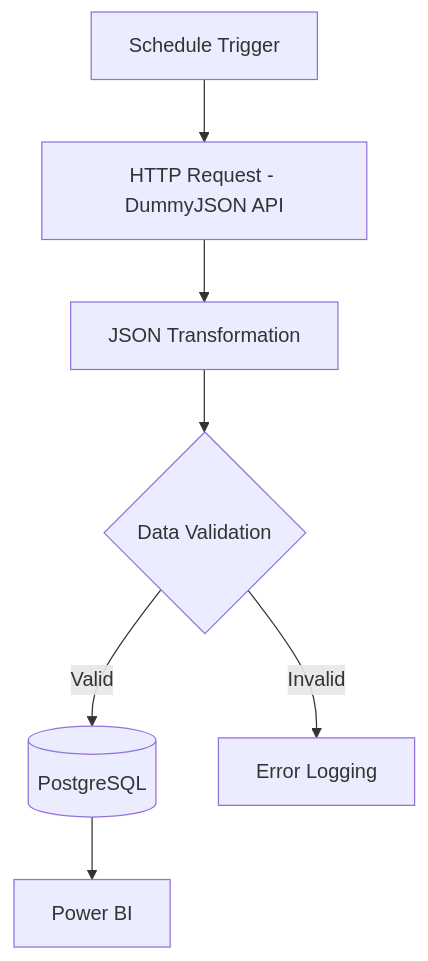
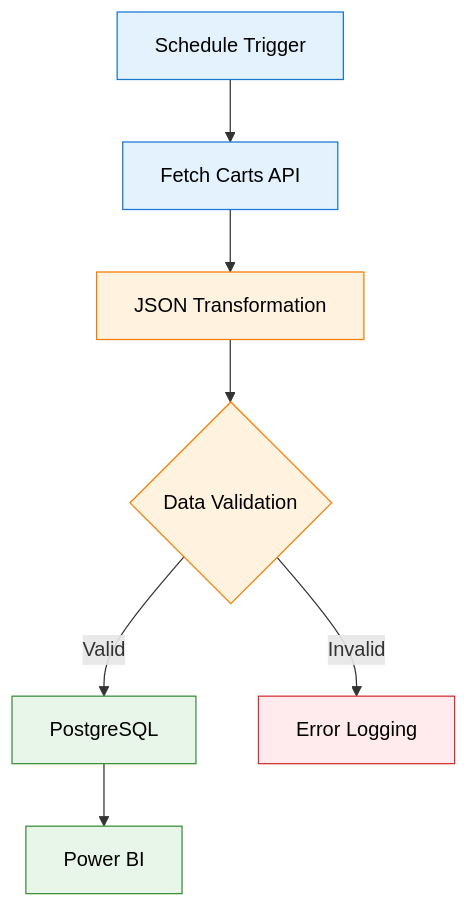
The second of 2 diagrams in projects/data-automation/n8n-sales-reporting/README.md (alexandre-matsika/data-analytics-portfolio), drawn with Mermaid before and after one commit. The commit also changed other lines of this file, not shown here.

Commit message:
docs: finalize n8n workflow documentation and architecture diagrams

````diff
--- a/projects/data-automation/n8n-sales-reporting/README.md
+++ b/projects/data-automation/n8n-sales-reporting/README.md
@@ -59,9 +191,19 @@
 ```mermaid
 flowchart TD
-    A["Schedule Trigger"] --> B["HTTP Request - DummyJSON API"]
+    A["Schedule Trigger"] --> B["Fetch Carts API"]
     B --> C["JSON Transformation"]
     C --> D{"Data Validation"}
-    D -->|Valid| E[("PostgreSQL")]
+
+    D -->|Valid| E["PostgreSQL"]
     D -->|Invalid| F["Error Logging"]
+
     E --> G["Power BI"]
+
+    style A fill:#E3F2FD,stroke:#1976D2,color:#000
+    style B fill:#E3F2FD,stroke:#1976D2,color:#000
+    style C fill:#FFF3E0,stroke:#F57C00,color:#000
+    style D fill:#FFF3E0,stroke:#F57C00,color:#000
+    style E fill:#E8F5E9,stroke:#388E3C,color:#000
+    style F fill:#FFEBEE,stroke:#D32F2F,color:#000
+    style G fill:#E8F5E9,stroke:#388E3C,color:#000
 ```
````
